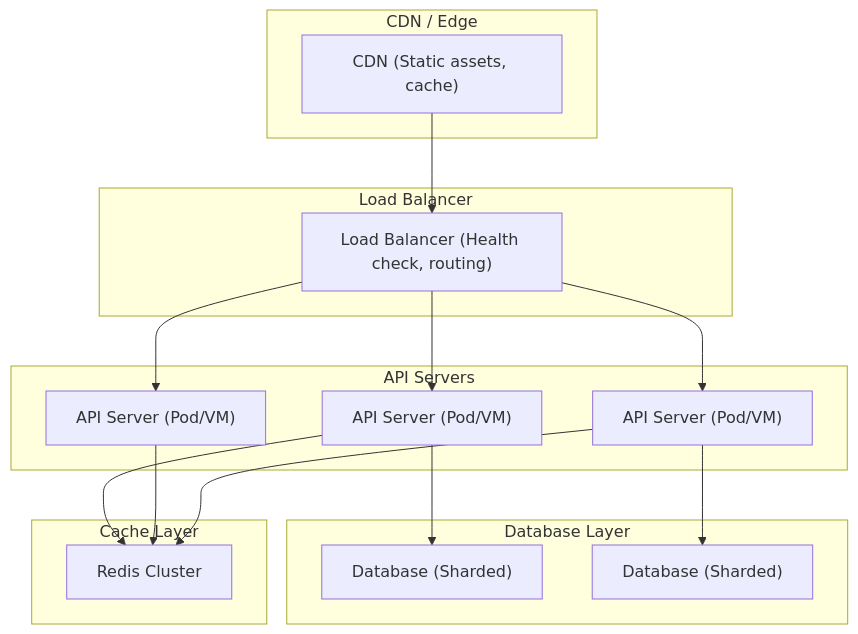
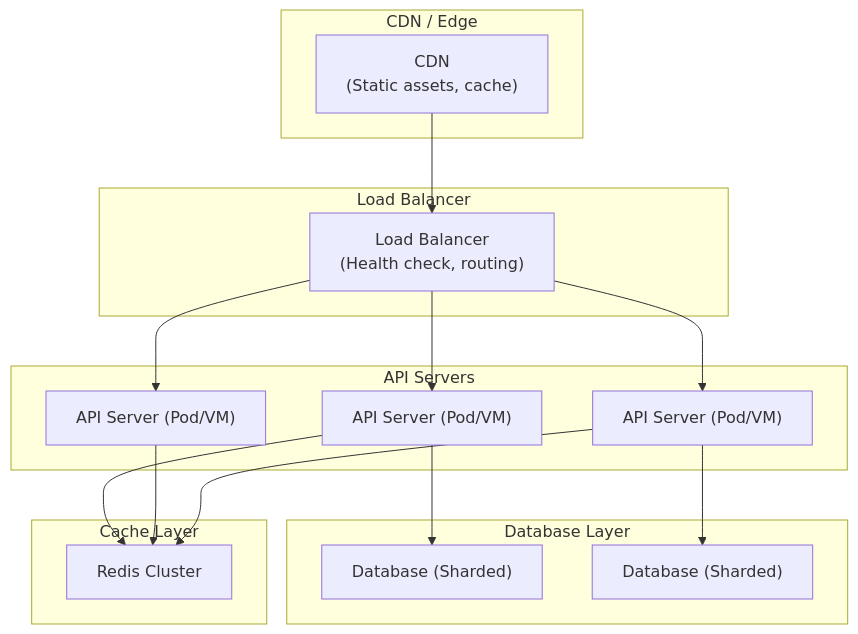
One commit to Mrnobody102/it-interview-prep changed the first of 3 diagrams in src/content/vi/he-thong/scenario-design-millions-users.md. Above: the diagram before and after it, drawn with Mermaid. The commit also changed 62 other files, not shown here.

````diff
--- a/src/content/vi/he-thong/scenario-design-millions-users.md
+++ b/src/content/vi/he-thong/scenario-design-millions-users.md
@@ -7,30 +7,30 @@
 ```mermaid
 flowchart TD
     subgraph CDN_EDGE["CDN / Edge"]
-        CDN["CDN (Static assets, cache)"]
+        CDN["CDN<br>(Static assets, cache)"]
     end
     subgraph LB["Load Balancer"]
-        LBR["Load Balancer (Health check, routing)"]
+        LBR["Load Balancer<br>(Health check, routing)"]
     end
     subgraph API_SERVERS["API Servers"]
         API1["API Server (Pod/VM)"]
         API2["API Server (Pod/VM)"]
         API3["API Server (Pod/VM)"]
     end
     subgraph DB_LAYER["Database Layer"]
         DB1["Database (Sharded)"]
         DB2["Database (Sharded)"]
     end
     subgraph CACHE_LAYER["Cache Layer"]
         REDIS["Redis Cluster"]
     end
     CDN --> LBR
     LBR --> API1
     LBR --> API2
     LBR --> API3
     API1 --> DB1
     API3 --> DB2
     API1 --> REDIS
     API2 --> REDIS
     API3 --> REDIS
 ```
````
